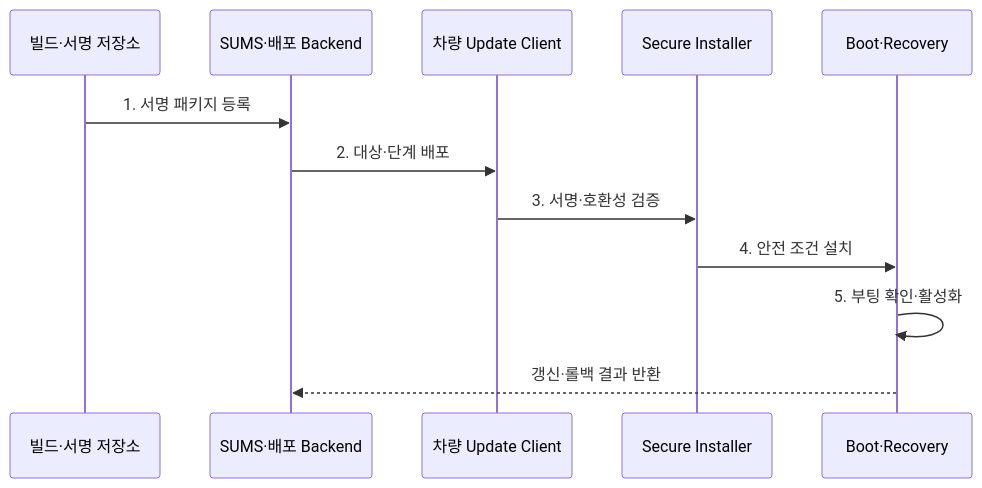
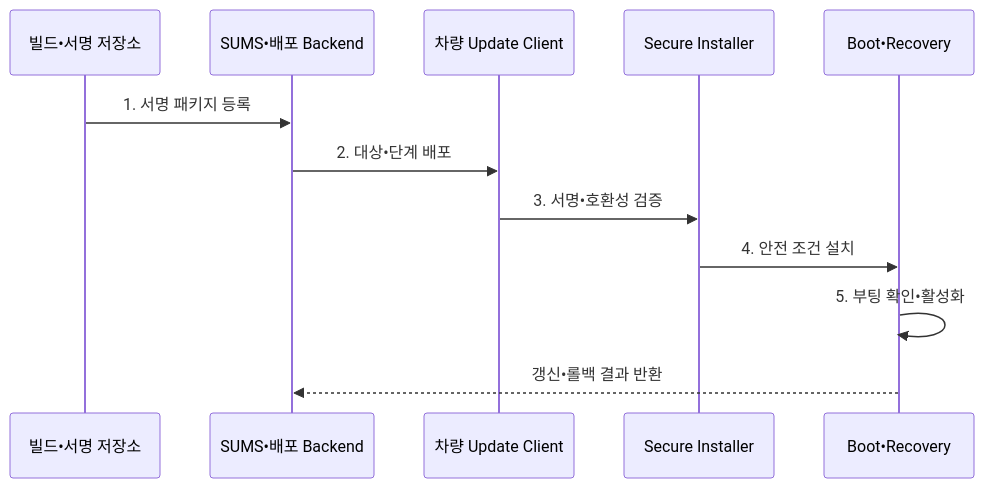
Before and after one commit to agnusdei1207/knowledge-base: the second of 2 diagrams in src/content/docs/notes/08-latest-tech/205_ota_update.md, drawn with Mermaid. The commit also changed other lines of this file and 953 other files, not shown here.

````diff
--- a/src/content/docs/notes/08-latest-tech/205_ota_update.md
+++ b/src/content/docs/notes/08-latest-tech/205_ota_update.md
@@ -101,14 +101,14 @@
 ```mermaid
 sequenceDiagram
-  participant R as 빌드·서명 저장소
-  participant B as SUMS·배포 Backend
+  participant R as 빌드•서명 저장소
+  participant B as SUMS•배포 Backend
   participant C as 차량 Update Client
   participant I as Secure Installer
-  participant O as Boot·Recovery
+  participant O as Boot•Recovery
   R->>B: 1. 서명 패키지 등록
-  B->>C: 2. 대상·단계 배포
-  C->>I: 3. 서명·호환성 검증
+  B->>C: 2. 대상•단계 배포
+  C->>I: 3. 서명•호환성 검증
   I->>O: 4. 안전 조건 설치
-  O->>O: 5. 부팅 확인·활성화
-  O-->>B: 갱신·롤백 결과 반환
+  O->>O: 5. 부팅 확인•활성화
+  O-->>B: 갱신•롤백 결과 반환
 ```
````
